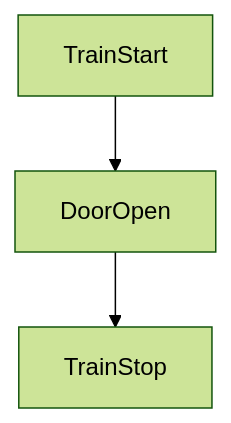
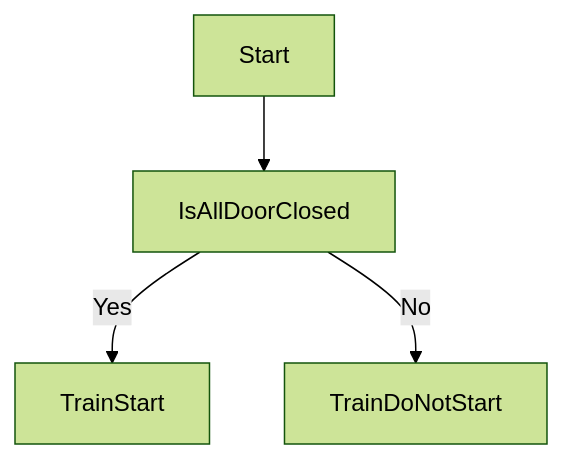
One commit to Arnab-Developer/TrainSystem changed the diagram in README.md. Above: the diagram before and after it, drawn with Mermaid (forest theme).

````diff
--- a/README.md
+++ b/README.md
@@ -5,5 +5,7 @@
 ```mermaid
 flowchart
 
-TrainStart --> DoorOpen --> TrainStop
+Start --> IsAllDoorClosed
+IsAllDoorClosed -- Yes --> TrainStart
+IsAllDoorClosed -- No --> TrainDoNotStart
 ```
````
